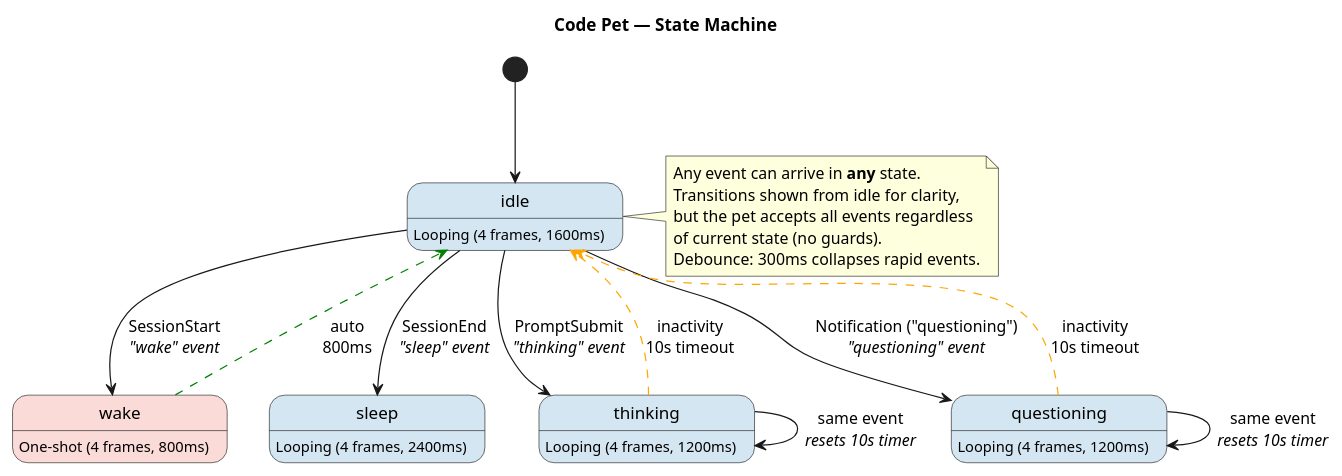
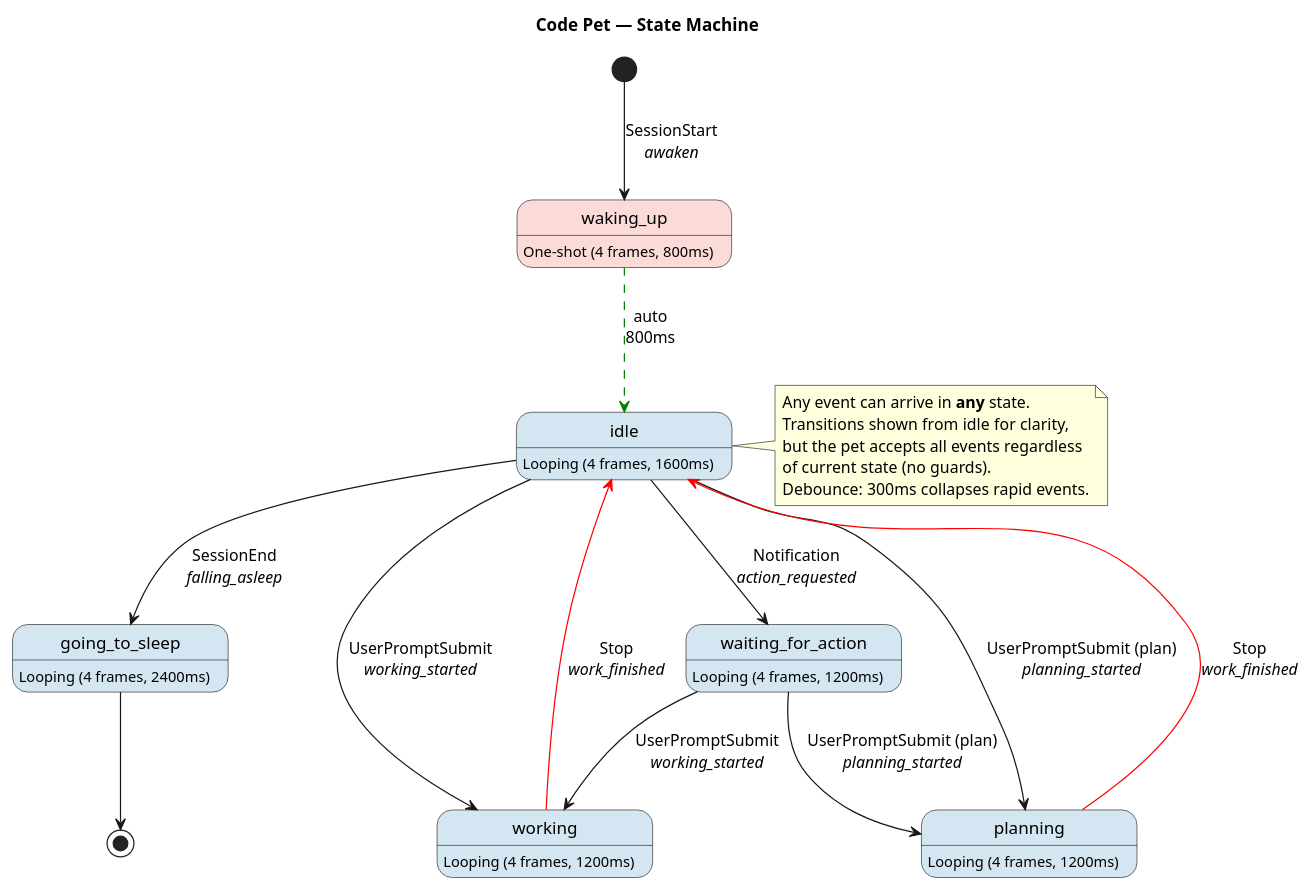
One commit to mradovic95/code-pet changed the first of 2 diagrams in docs/state-diagram.puml. Above: the diagram before and after it, drawn with PlantUML. The commit also changed other lines of this file and 21 other files, not shown here.

Commit message:
change to new state diagram

```diff
--- a/docs/state-diagram.puml
+++ b/docs/state-diagram.puml
@@ -1,40 +1,44 @@
 @startuml code-pet-states
 skinparam state {
   BackgroundColor<<looping>> #D4E6F1
   BackgroundColor<<oneshot>> #FADBD8
 }
 
 title Code Pet — State Machine
 
-[*] --> idle
+[*] --> waking_up : SessionStart\n//awaken//
 
 state "idle" as idle <<looping>> : Looping (4 frames, 1600ms)
-state "wake" as wake <<oneshot>> : One-shot (4 frames, 800ms)
-state "sleep" as sleep <<looping>> : Looping (4 frames, 2400ms)
-state "thinking" as thinking <<looping>> : Looping (4 frames, 1200ms)
-state "questioning" as questioning <<looping>> : Looping (4 frames, 1200ms)
+state "waking_up" as waking_up <<oneshot>> : One-shot (4 frames, 800ms)
+state "going_to_sleep" as going_to_sleep <<looping>> : Looping (4 frames, 2400ms)
+state "working" as working <<looping>> : Looping (4 frames, 1200ms)
+state "planning" as planning <<looping>> : Looping (4 frames, 1200ms)
+state "waiting_for_action" as waiting_for_action <<looping>> : Looping (4 frames, 1200ms)
 
 ' ── Hook-driven transitions (any state → target) ──
-idle --> wake : SessionStart\n//"wake" event//
-idle --> sleep : SessionEnd\n//"sleep" event//
-idle --> thinking : PromptSubmit\n//"thinking" event//
-idle --> questioning : Notification ("questioning")\n//"questioning" event//
+idle --> going_to_sleep : SessionEnd\n//falling_asleep//
+idle --> working : UserPromptSubmit\n//working_started//
+idle --> waiting_for_action : Notification\n//action_requested//
+idle --> planning : UserPromptSubmit (plan)\n//planning_started//
+
+' ── Stop returns to idle from active states ──
+working -[#red]-> idle : Stop\n//work_finished//
+planning -[#red]-> idle : Stop\n//work_finished//
 
 ' ── Auto-transitions (timeouts) ──
-wake -[#green,dashed]-> idle : auto\n800ms
-thinking -[#orange,dashed]-> idle : inactivity\n10s timeout
-questioning -[#orange,dashed]-> idle : inactivity\n10s timeout
+waking_up -[#green,dashed]-> idle : auto\n800ms
+going_to_sleep --> [*]
 
-' ── Persistent state self-loops (timer reset) ──
-thinking --> thinking : same event\n//resets 10s timer//
-questioning --> questioning : same event\n//resets 10s timer//
+' ── waiting_for_action exits via UserPromptSubmit ──
+waiting_for_action --> working : UserPromptSubmit\n//working_started//
+waiting_for_action --> planning : UserPromptSubmit (plan)\n//planning_started//
 
 note right of idle
   Any event can arrive in **any** state.
   Transitions shown from idle for clarity,
   but the pet accepts all events regardless
   of current state (no guards).
   Debounce: 300ms collapses rapid events.
 end note
 
 @enduml
```
